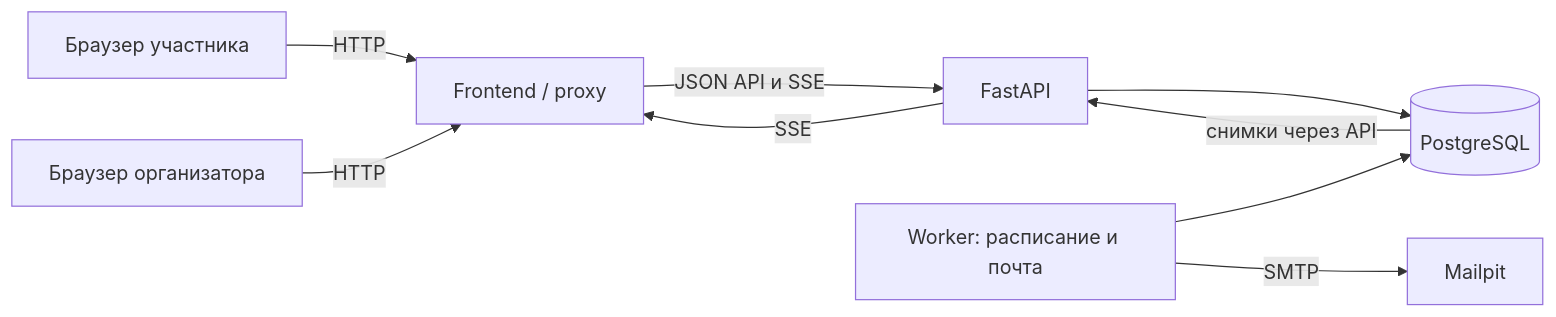
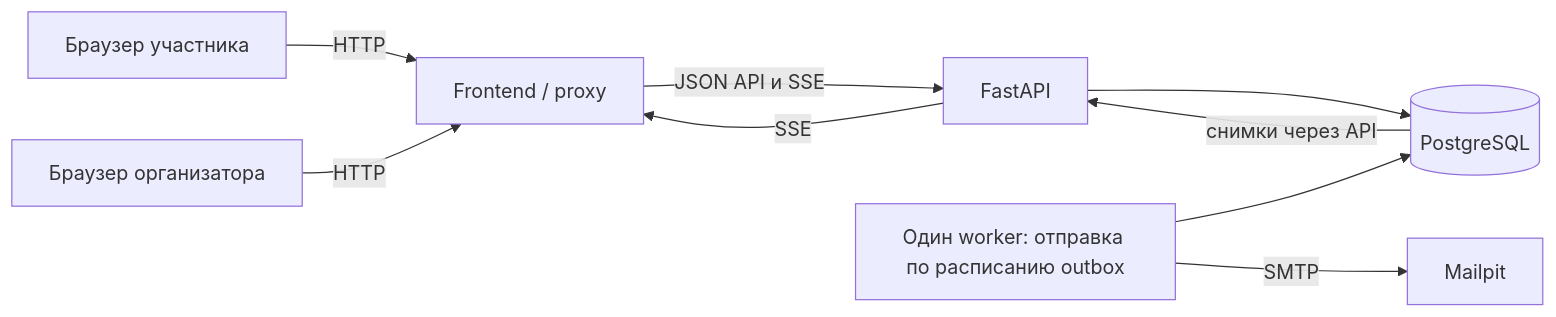
One commit to Bolat141101/event-registration changed the first of 2 diagrams in ARCHITECTURE.md. Above: the diagram before and after it, drawn with Mermaid. The commit also changed other lines of this file and 49 other files, not shown here.

Commit message:
Add infrastructure, database schema and CI

````diff
--- a/ARCHITECTURE.md
+++ b/ARCHITECTURE.md
@@ -24,11 +24,11 @@
 ```mermaid
 flowchart LR
     B1[Браузер участника] -->|HTTP| F[Frontend / proxy]
     B2[Браузер организатора] -->|HTTP| F
     F -->|JSON API и SSE| A[FastAPI]
     A --> P[(PostgreSQL)]
-    W[Worker: расписание и почта] --> P
+    W[Один worker: отправка по расписанию outbox] --> P
     W -->|SMTP| M[Mailpit]
     P -->|снимки через API| A
     A -->|SSE| F
 ```
````
